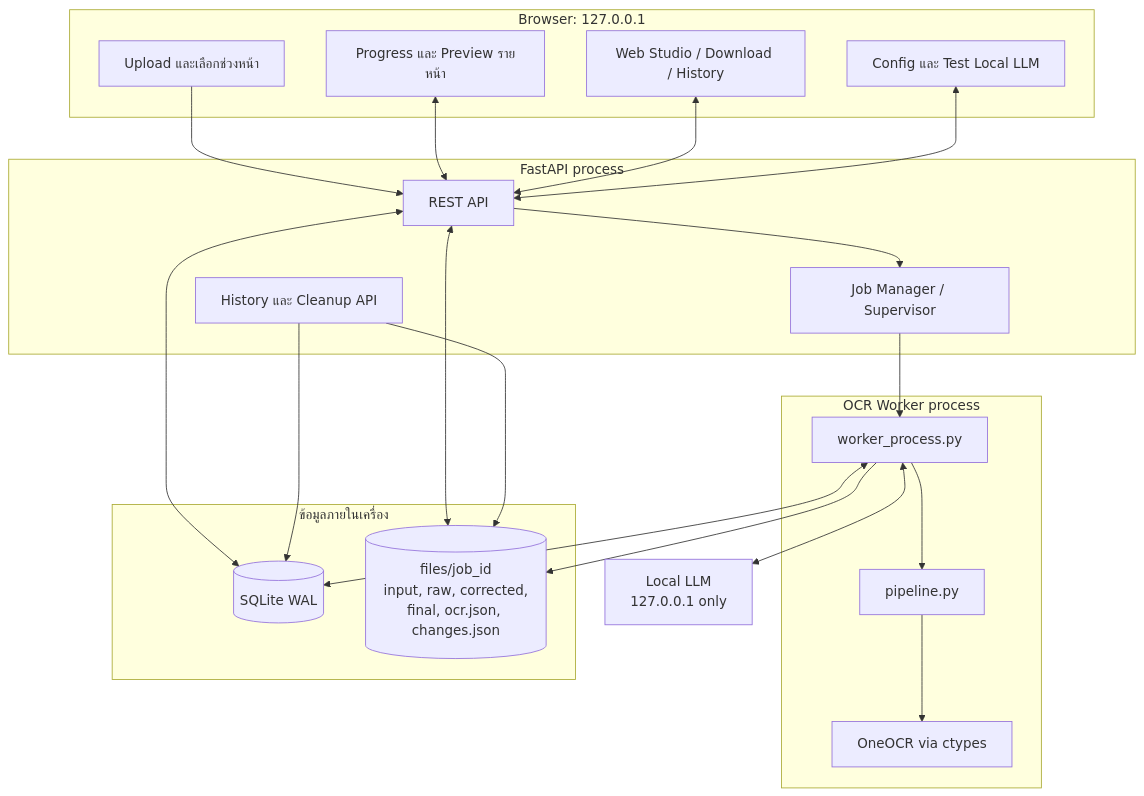
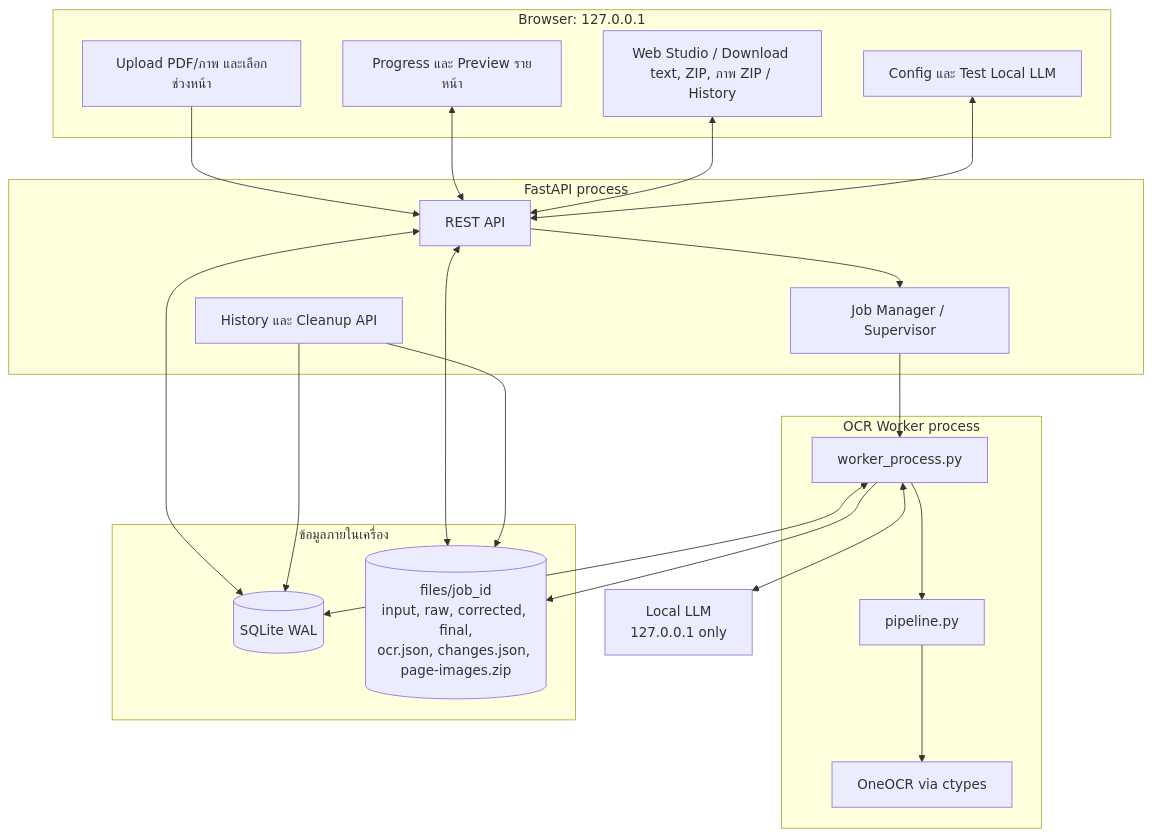
Before and after one commit to anuwatm/pdf-ocr-studio: the first of 5 diagrams in readme.md, drawn with Mermaid. The commit also changed other lines of this file and 4 other files, not shown here.

Commit message:
feat: add pdf page-images export, auto page inspection, and resume after cancellation

````diff
--- a/readme.md
+++ b/readme.md
@@ -101,42 +104,42 @@
 ```mermaid
 flowchart TB
     subgraph Browser ["Browser: 127.0.0.1"]
-        Upload["Upload และเลือกช่วงหน้า"]
+        Upload["Upload PDF/ภาพ และเลือกช่วงหน้า"]
         Progress["Progress และ Preview รายหน้า"]
-        Studio["Web Studio / Download / History"]
+        Studio["Web Studio / Download text, ZIP, ภาพ ZIP / History"]
         Config["Config และ Test Local LLM"]
     end
 
     subgraph Server ["FastAPI process"]
         API["REST API"]
         Queue["Job Manager / Supervisor"]
         Cleanup["History และ Cleanup API"]
     end
 
     subgraph Worker ["OCR Worker process"]
         Runner["worker_process.py"]
         Pipeline["pipeline.py"]
         OneOCR["OneOCR via ctypes"]
     end
 
     subgraph LocalData ["ข้อมูลภายในเครื่อง"]
         DB[("SQLite WAL")]
-        Files[("files/job_id<br/>input, raw, corrected,<br/>final, ocr.json, changes.json")]
+        Files[("files/job_id<br/>input, raw, corrected, final,<br/>ocr.json, changes.json, page-images.zip")]
     end
 
     LLM["Local LLM<br/>127.0.0.1 only"]
 
     Upload --> API
     Progress <--> API
     Studio <--> API
     Config <--> API
     API <--> DB
     API <--> Files
     API --> Queue --> Runner
     Runner <--> DB
     Runner --> Pipeline --> OneOCR
     Runner --> Files
     Runner <--> LLM
     Cleanup --> DB
     Cleanup --> Files
 ```
````
